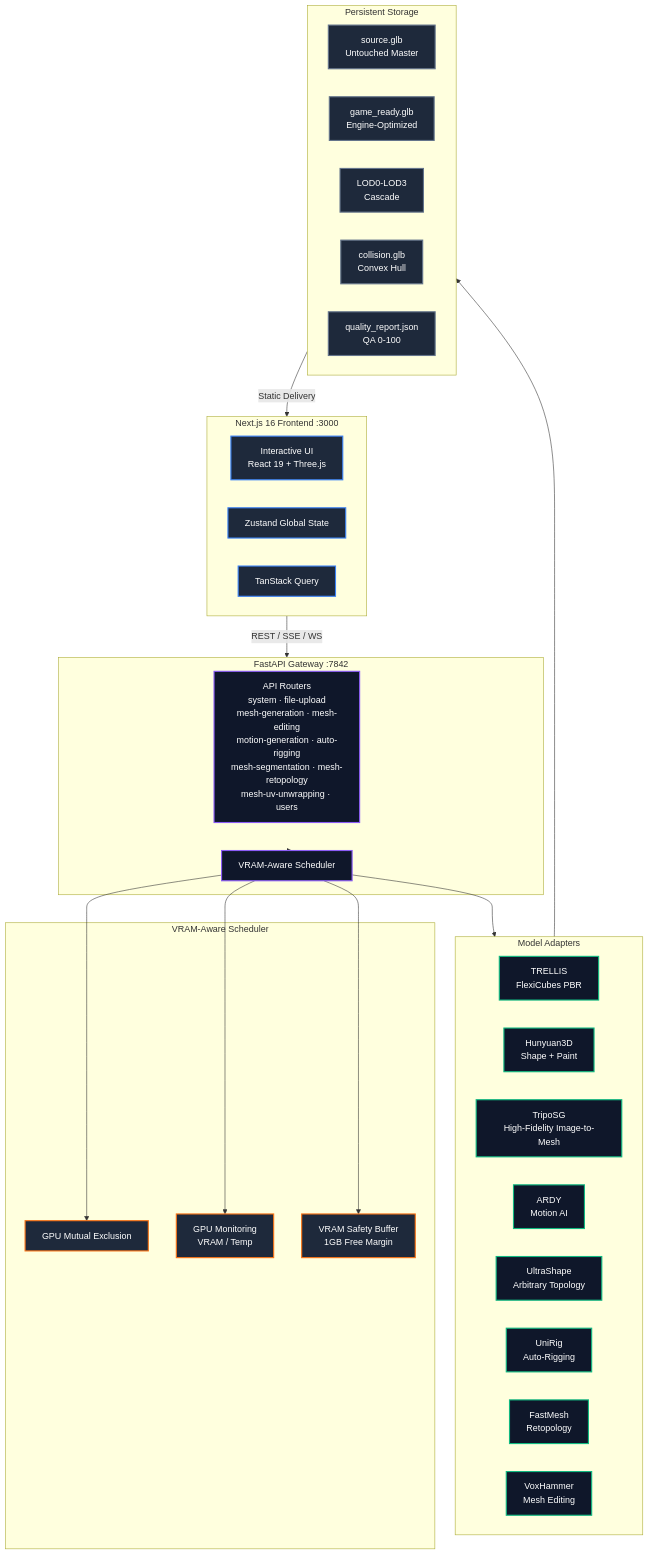
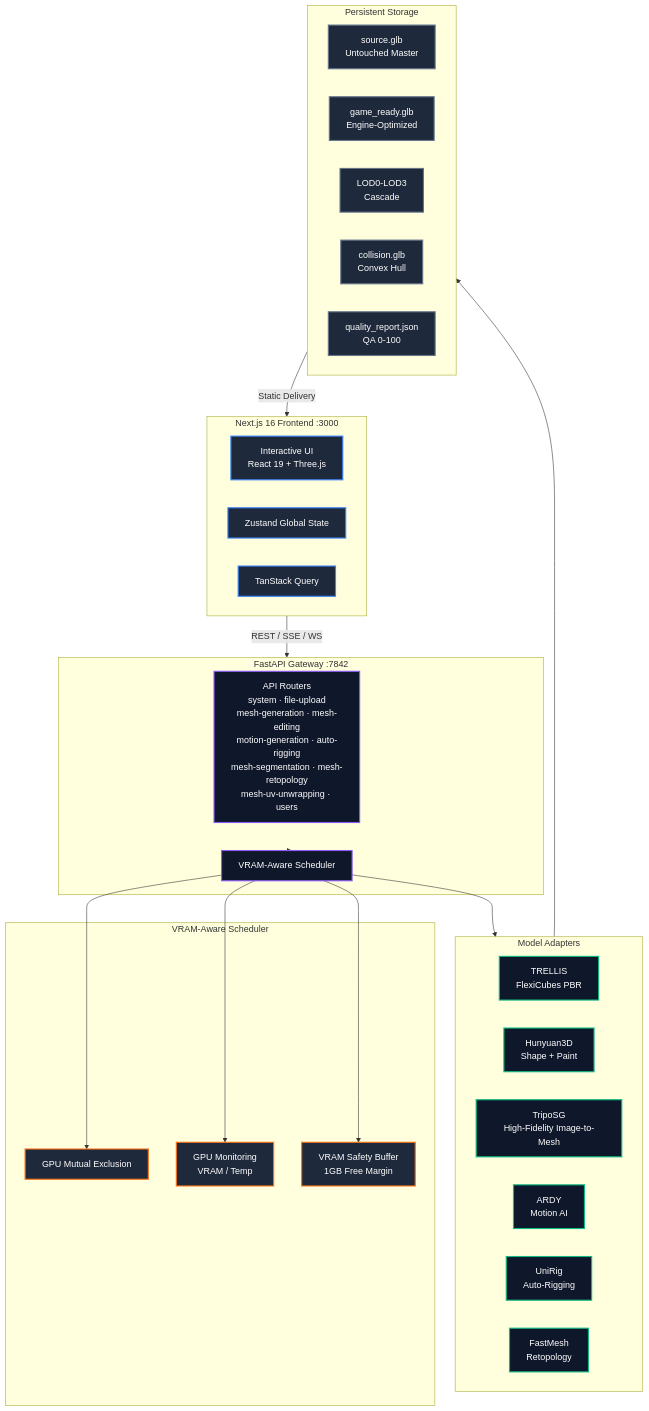
Before and after one commit to Silentzx2/ForMash3D: the first of 3 diagrams in Docs/PRD.md, drawn with Mermaid. The commit also changed other lines of this file and 24 other files, not shown here.

````diff
--- a/Docs/PRD.md
+++ b/Docs/PRD.md
@@ -143,54 +143,52 @@
 ```mermaid
 flowchart TB
     classDef client fill:#1e293b,stroke:#3b82f6,stroke-width:2px,color:#fff
     classDef gateway fill:#0f172a,stroke:#8b5cf6,stroke-width:2px,color:#fff
     classDef scheduler fill:#1e293b,stroke:#f97316,stroke-width:2px,color:#fff
     classDef adapters fill:#0f172a,stroke:#10b981,stroke-width:2px,color:#fff
     classDef storage fill:#1e293b,stroke:#64748b,stroke-width:2px,color:#fff
     classDef queue fill:#0f172a,stroke:#ec4899,stroke-width:2px,color:#fff
 
     subgraph Client["Next.js 16 Frontend :3000"]
         UI["Interactive UI<br/>React 19 + Three.js"]:::client
         STATE["Zustand Global State"]:::client
         QUERY["TanStack Query"]:::client
     end
 
     subgraph Gateway["FastAPI Gateway :7842"]
         ROUTERS["API Routers<br/>system · file-upload<br/>mesh-generation · mesh-editing<br/>motion-generation · auto-rigging<br/>mesh-segmentation · mesh-retopology<br/>mesh-uv-unwrapping · users"]:::gateway
         SCHED["VRAM-Aware Scheduler"]:::gateway
     end
 
     subgraph S["VRAM-Aware Scheduler"]
         GPU_LOCK["GPU Mutual Exclusion"]:::scheduler
         MONITOR["GPU Monitoring<br/>VRAM / Temp"]:::scheduler
         SAFETY["VRAM Safety Buffer<br/>1GB Free Margin"]:::scheduler
     end
 
     subgraph Adapters["Model Adapters"]
         TRELLIS["TRELLIS<br/>FlexiCubes PBR"]:::adapters
         HUNY["Hunyuan3D<br/>Shape + Paint"]:::adapters
         TRIPO["TripoSG<br/>High-Fidelity Image-to-Mesh"]:::adapters
         ARDY["ARDY<br/>Motion AI"]:::adapters
-        US["UltraShape<br/>Arbitrary Topology"]:::adapters
         UR["UniRig<br/>Auto-Rigging"]:::adapters
         FM["FastMesh<br/>Retopology"]:::adapters
-        VH["VoxHammer<br/>Mesh Editing"]:::adapters
     end
 
     subgraph Storage["Persistent Storage"]
         SRC["source.glb<br/>Untouched Master"]:::storage
         GAME["game_ready.glb<br/>Engine-Optimized"]:::storage
         LODS["LOD0-LOD3<br/>Cascade"]:::storage
         COL["collision.glb<br/>Convex Hull"]:::storage
         QA["quality_report.json<br/>QA 0-100"]:::storage
     end
 
     Client -- "REST / SSE / WS" --> Gateway
     Gateway --> SCHED
     SCHED --> GPU_LOCK
     SCHED --> MONITOR
     SCHED --> SAFETY
     SCHED --> Adapters
     Adapters --> Storage
     Storage -- "Static Delivery" --> Client
 ```
````
